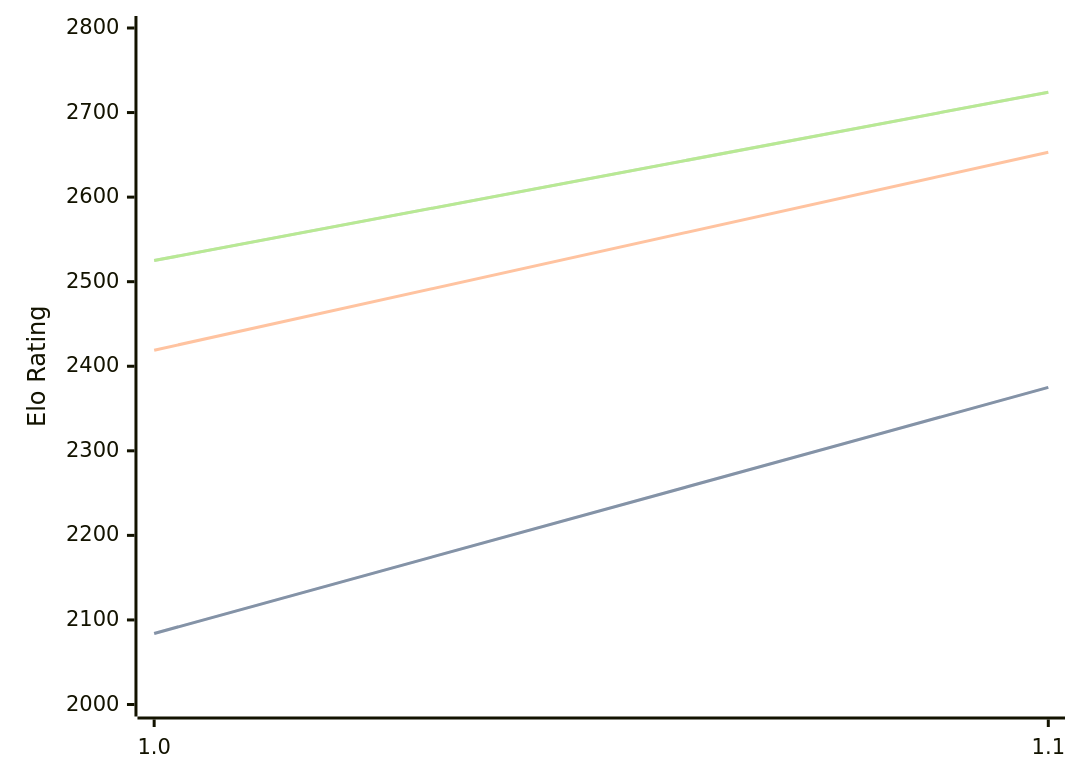
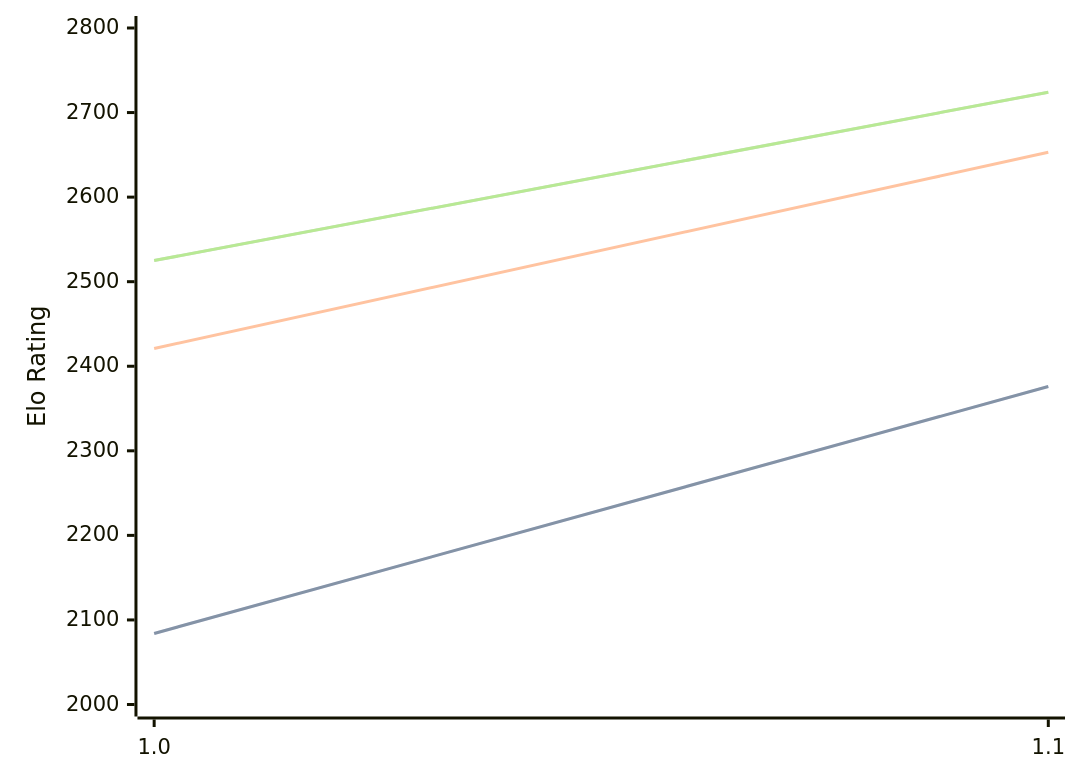
The diagram in engines/Erinn.md (computer-chess-index/cci), drawn with Mermaid before and after one commit. The commit also changed other lines of this file, not shown here.

````diff
--- a/engines/Erinn.md
+++ b/engines/Erinn.md
@@ -32,11 +32,11 @@
 ```mermaid
 %%{init: {"theme":"base","themeVariables":{"seriesColors:['#a3a3a3','#222221','#faa371']}}}%%
 xychart-beta
   x-axis ["1.0", "1.1"]
   y-axis "Elo Rating" 2000 --> 2800
-  line "STC (8.0+0.08s)" [2084, 2375]
-  line "STC (8.0+0.08s)" [2084, 2375]
-  line "LTC (60.0+0.60s)" [2419, 2653]
+  line "STC (8.0+0.08s)" [2084, 2376]
+  line "STC (8.0+0.08s)" [2084, 2376]
+  line "LTC (60.0+0.60s)" [2421, 2653]
   line "VLTC (2m24s+1.12s)" [2525, 2724]
   line "VLTC (2m24s+1.12s)" [2525, 2724]
 ```
````
